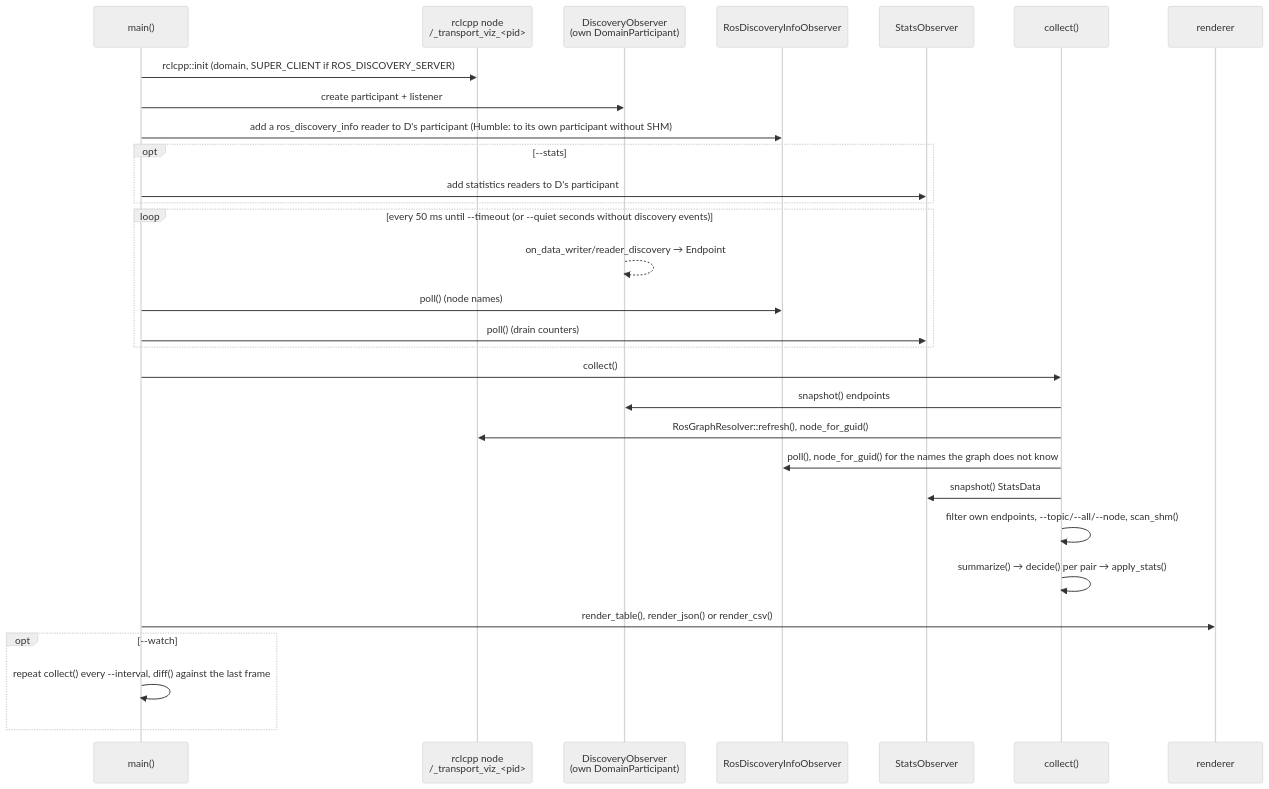
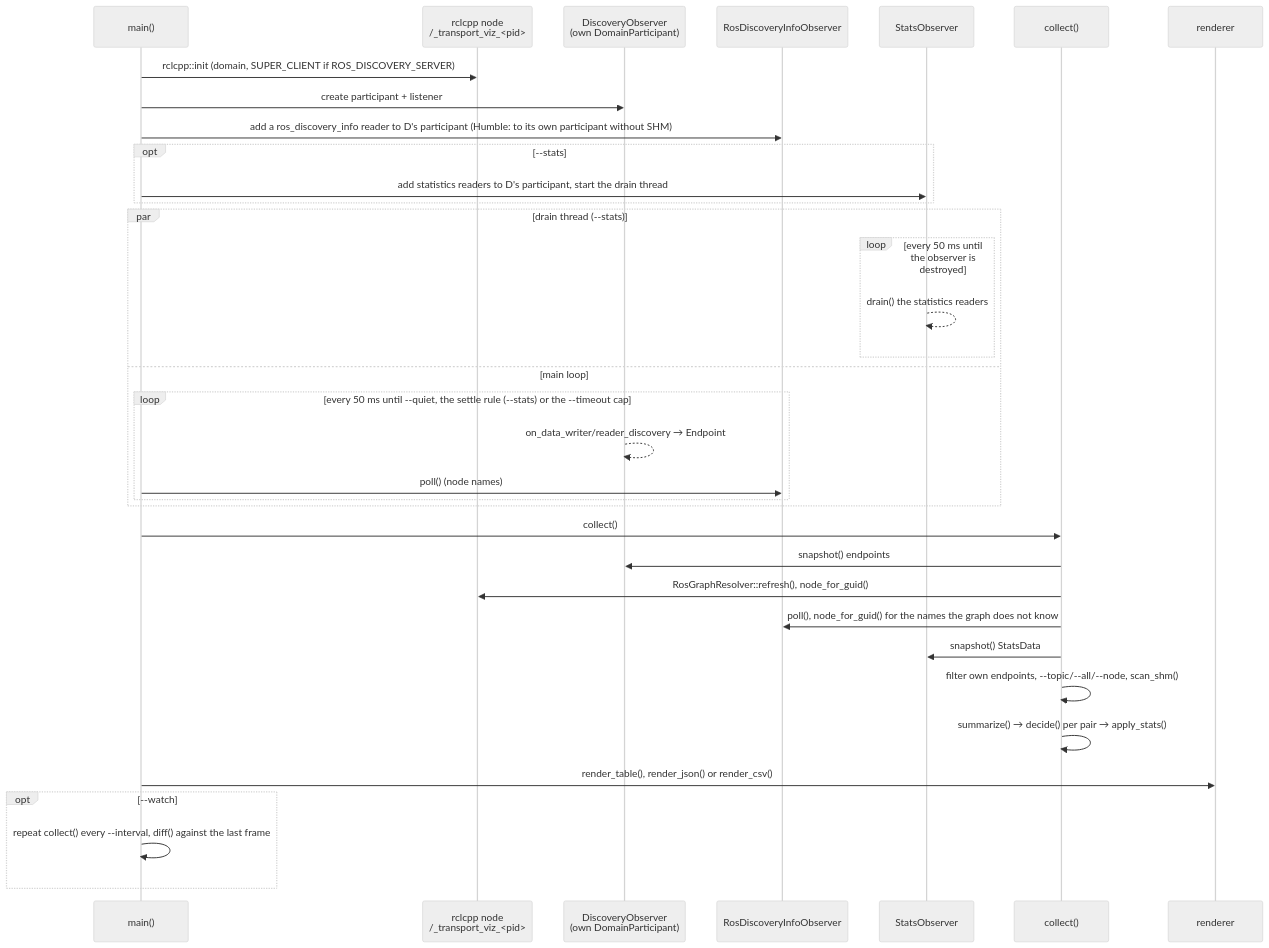
The second of 3 diagrams in docs/architecture.md (atinfinity/fastdds_transport_viz), drawn with Mermaid (neutral theme) before and after one commit. The commit also changed other lines of this file, not shown here.

First line of the commit message:
docs: bring architecture up to 2.0.0 (#224)

````diff
--- a/docs/architecture.md
+++ b/docs/architecture.md
@@ -67,32 +67,37 @@
 ```mermaid
 sequenceDiagram
     participant M as main()
     participant N as rclcpp node<br/>/_transport_viz_<pid>
     participant D as DiscoveryObserver<br/>(own DomainParticipant)
     participant I as RosDiscoveryInfoObserver
     participant S as StatsObserver
     participant C as collect()
     participant R as renderer
     M->>N: rclcpp::init (domain, SUPER_CLIENT if ROS_DISCOVERY_SERVER)
     M->>D: create participant + listener
     M->>I: add a ros_discovery_info reader to D's participant (Humble: to its own participant without SHM)
     opt --stats
-        M->>S: add statistics readers to D's participant
+        M->>S: add statistics readers to D's participant, start the drain thread
     end
-    loop every 50 ms until --timeout (or --quiet seconds without discovery events)
-        D-->>D: on_data_writer/reader_discovery → Endpoint
-        M->>I: poll() (node names)
-        M->>S: poll() (drain counters)
+    par drain thread (--stats)
+        loop every 50 ms until the observer is destroyed
+            S-->>S: drain() the statistics readers
+        end
+    and main loop
+        loop every 50 ms until --quiet, the settle rule (--stats) or the --timeout cap
+            D-->>D: on_data_writer/reader_discovery → Endpoint
+            M->>I: poll() (node names)
+        end
     end
     M->>C: collect()
     C->>D: snapshot() endpoints
     C->>N: RosGraphResolver::refresh(), node_for_guid()
     C->>I: poll(), node_for_guid() for the names the graph does not know
     C->>S: snapshot() StatsData
     C->>C: filter own endpoints, --topic/--all/--node, scan_shm()
     C->>C: summarize() → decide() per pair → apply_stats()
     M->>R: render_table(), render_json() or render_csv()
     opt --watch
         M->>M: repeat collect() every --interval, diff() against the last frame
     end
 ```
````
